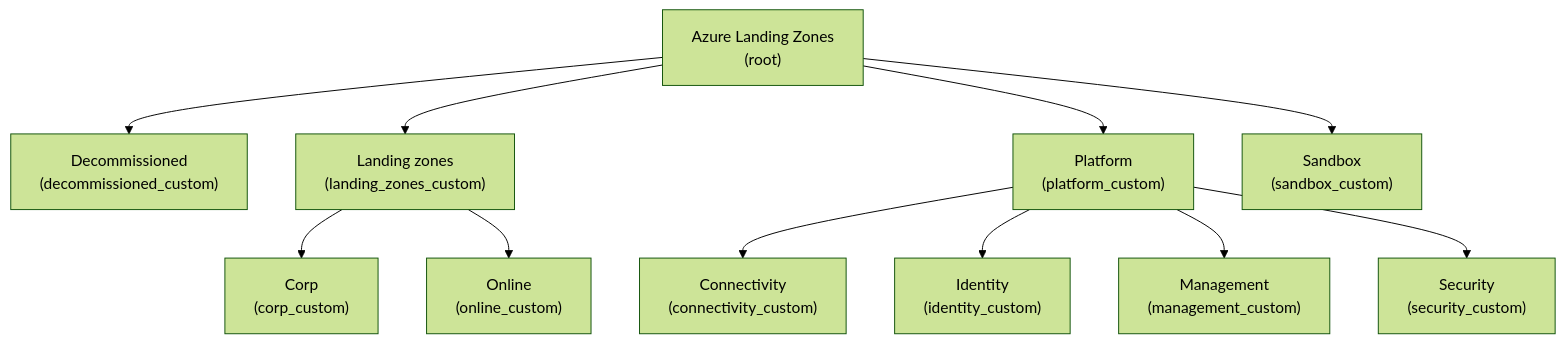
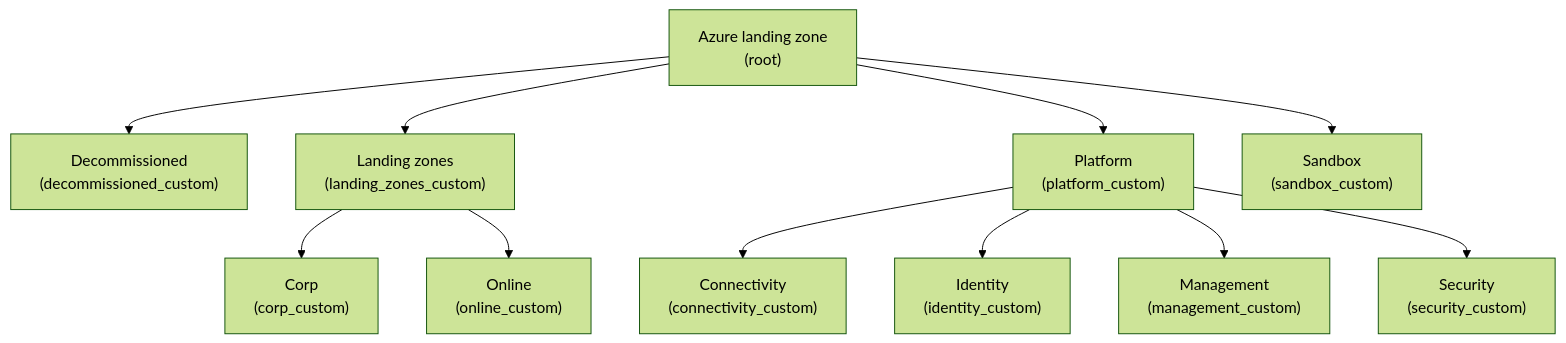
One commit to azurecitadel/azurecitadel changed the diagram in content/alz/examples/alz_override.md. Above: the diagram before and after it, drawn with Mermaid (forest theme). The commit also changed other lines of this file and 68 other files, not shown here.

```diff
--- a/content/alz/examples/alz_override.md
+++ b/content/alz/examples/alz_override.md
@@ -33,36 +33,36 @@
 {{< mermaid >}}
 flowchart TD
-  alz["Azure Landing Zones
+  alz["Azure landing zone
 (root)"]
   alz --> decommissioned
   decommissioned["Decommissioned
 (decommissioned_custom)"]
   alz --> landingzones
   landingzones["Landing zones
 (landing_zones_custom)"]
   landingzones --> corp
   corp["Corp
 (corp_custom)"]
   landingzones --> online
   online["Online
 (online_custom)"]
   alz --> platform
   platform["Platform
 (platform_custom)"]
   platform --> connectivity
   connectivity["Connectivity
 (connectivity_custom)"]
   platform --> identity
   identity["Identity
 (identity_custom)"]
   platform --> management
   management["Management
 (management_custom)"]
   platform --> security
   security["Security
 (security_custom)"]
   alz --> sandbox
   sandbox["Sandbox
 (sandbox_custom)"]
 
 {{< /mermaid >}}
```
